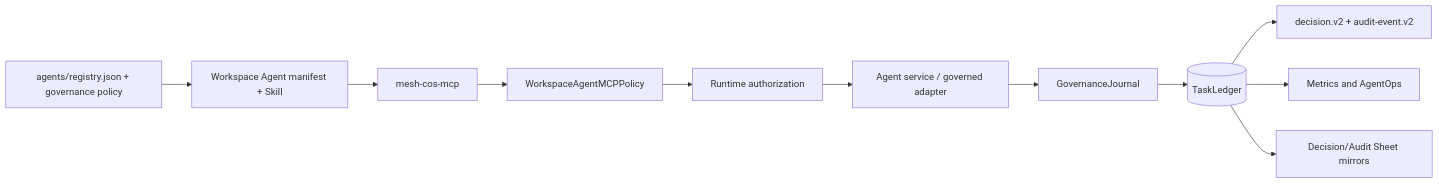
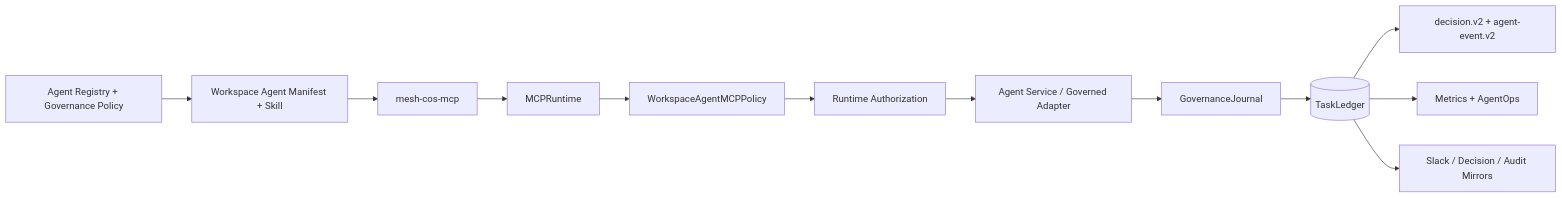
One commit to mkleinbe/mesh-ai-agent-cos-universe changed the diagram in AGENTS.md. Above: the diagram before and after it, drawn with Mermaid. The commit also changed other lines of this file, not shown here.

Commit message:
docs: align agent operating instructions with v1.0.0

````diff
--- a/AGENTS.md
+++ b/AGENTS.md
@@ -46,13 +36,14 @@
 ```mermaid
 flowchart LR
-    R[agents/registry.json + governance policy] --> WA[Workspace Agent manifest + Skill]
+    R[Agent Registry + Governance Policy] --> WA[Workspace Agent Manifest + Skill]
     WA --> MCP[mesh-cos-mcp]
-    MCP --> MP[WorkspaceAgentMCPPolicy]
-    MP --> AUTH[Runtime authorization]
-    AUTH --> AG[Agent service / governed adapter]
+    MCP --> RT[MCPRuntime]
+    RT --> MP[WorkspaceAgentMCPPolicy]
+    MP --> AUTH[Runtime Authorization]
+    AUTH --> AG[Agent Service / Governed Adapter]
     AG --> GOV[GovernanceJournal]
     GOV --> L[(TaskLedger)]
-    L --> AUD[decision.v2 + audit-event.v2]
-    L --> MET[Metrics and AgentOps]
-    L --> SHEETS[Decision/Audit Sheet mirrors]
+    L --> AUD[decision.v2 + agent-event.v2]
+    L --> MET[Metrics + AgentOps]
+    L --> MIRROR[Slack / Decision / Audit Mirrors]
 ```
````
